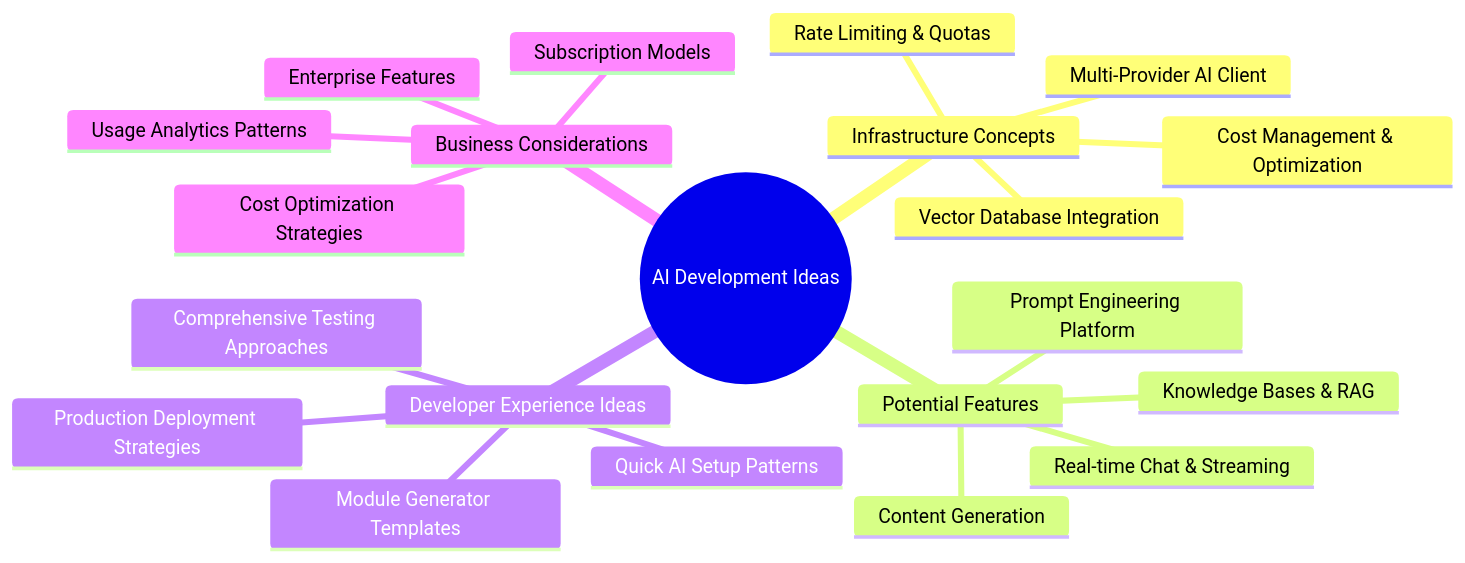
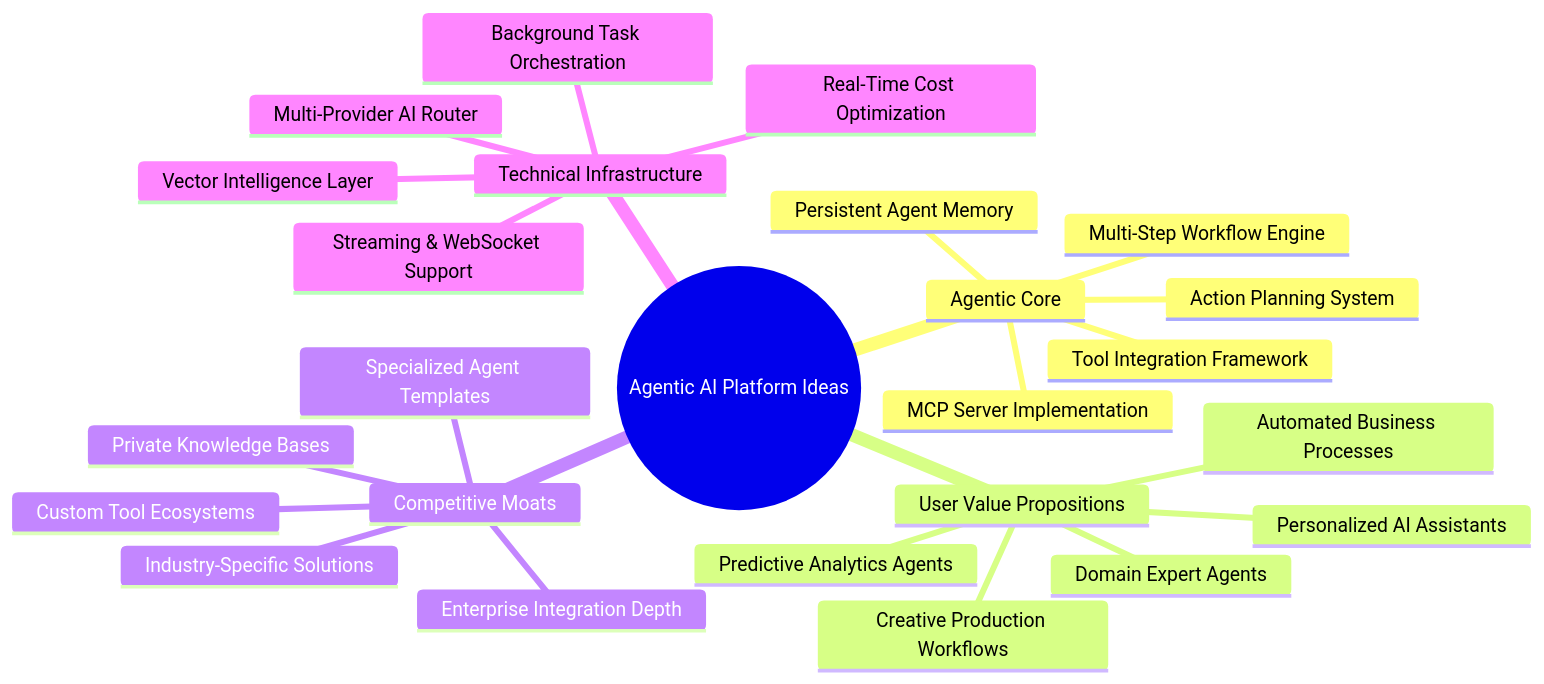
One commit to quanhua92/rust-fullstack-starter changed the first of 26 diagrams in docs/AI-IDEAS.md. Above: the diagram before and after it, drawn with Mermaid. The commit also changed other lines of this file, not shown here.

````diff
--- a/docs/AI-IDEAS.md
+++ b/docs/AI-IDEAS.md
@@ -7,24 +19,28 @@
 ```mermaid
 mindmap
-  root((AI Development Ideas))
-    Infrastructure Concepts
-      Multi-Provider AI Client
-      Vector Database Integration
-      Cost Management & Optimization
-      Rate Limiting & Quotas
-    Potential Features
-      Real-time Chat & Streaming
-      Knowledge Bases & RAG
-      Content Generation
-      Prompt Engineering Platform
-    Developer Experience Ideas
-      Quick AI Setup Patterns
-      Module Generator Templates
-      Comprehensive Testing Approaches
-      Production Deployment Strategies
-    Business Considerations
-      Usage Analytics Patterns
-      Subscription Models
-      Cost Optimization Strategies
-      Enterprise Features
+  root((Agentic AI Platform Ideas))
+    Agentic Core
+      Tool Integration Framework
+      MCP Server Implementation  
+      Multi-Step Workflow Engine
+      Persistent Agent Memory
+      Action Planning System
+    User Value Propositions
+      Automated Business Processes
+      Domain Expert Agents
+      Personalized AI Assistants
+      Predictive Analytics Agents
+      Creative Production Workflows
+    Competitive Moats
+      Specialized Agent Templates
+      Private Knowledge Bases
+      Custom Tool Ecosystems
+      Industry-Specific Solutions
+      Enterprise Integration Depth
+    Technical Infrastructure
+      Multi-Provider AI Router
+      Vector Intelligence Layer
+      Real-Time Cost Optimization
+      Streaming & WebSocket Support
+      Background Task Orchestration
 ```
````
